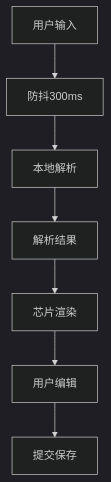
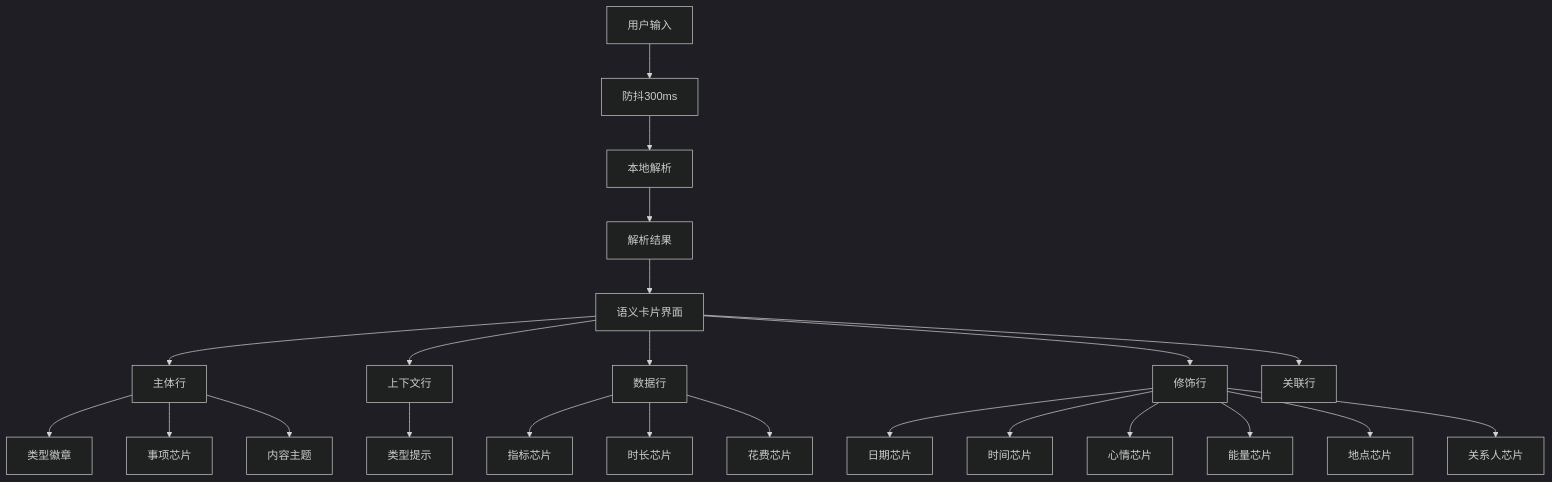
One commit to bbong1234/TETO changed the third of 7 diagrams in .qoder/repowiki/zh/content/核心功能模块/记录管理系统/记录录入功能.md. Above: the diagram before and after it, drawn with Mermaid (dark theme). The commit also changed other lines of this file and 10 other files, not shown here.

````diff
--- a/.qoder/repowiki/zh/content/核心功能模块/记录管理系统/记录录入功能.md
+++ b/.qoder/repowiki/zh/content/核心功能模块/记录管理系统/记录录入功能.md
@@ -216,9 +222,25 @@
 ```mermaid
 flowchart TD
 Input[用户输入] --> Debounce[防抖300ms]
 Debounce --> LocalParse[本地解析]
 LocalParse --> ParseResult[解析结果]
-ParseResult --> ChipRender[芯片渲染]
-ChipRender --> UserEdit[用户编辑]
-UserEdit --> Submit[提交保存]
+ParseResult --> SemanticCard[语义卡片界面]
+SemanticCard --> MainRow[主体行]
+SemanticCard --> ContextRow[上下文行]
+SemanticCard --> DataRow[数据行]
+SemanticCard --> DecoratorRow[修饰行]
+SemanticCard --> RelationRow[关联行]
+MainRow --> TypeBadge[类型徽章]
+MainRow --> ItemChip[事项芯片]
+MainRow --> ContentHint[内容主题]
+ContextRow --> TypeHint[类型提示]
+DataRow --> MetricChip[指标芯片]
+DataRow --> DurationChip[时长芯片]
+DataRow --> CostChip[花费芯片]
+DecoratorRow --> DateChip[日期芯片]
+DecoratorRow --> TimeChip[时间芯片]
+DecoratorRow --> MoodChip[心情芯片]
+DecoratorRow --> EnergyChip[能量芯片]
+DecoratorRow --> LocationChip[地点芯片]
+DecoratorRow --> PeopleChip[关系人芯片]
 ```
````
